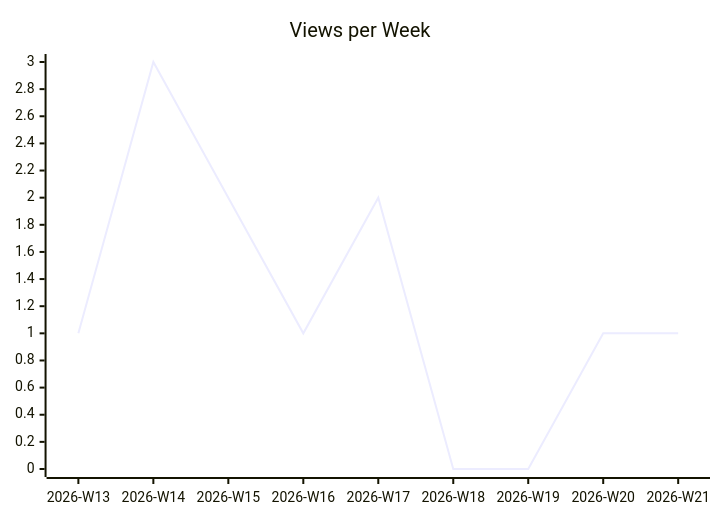
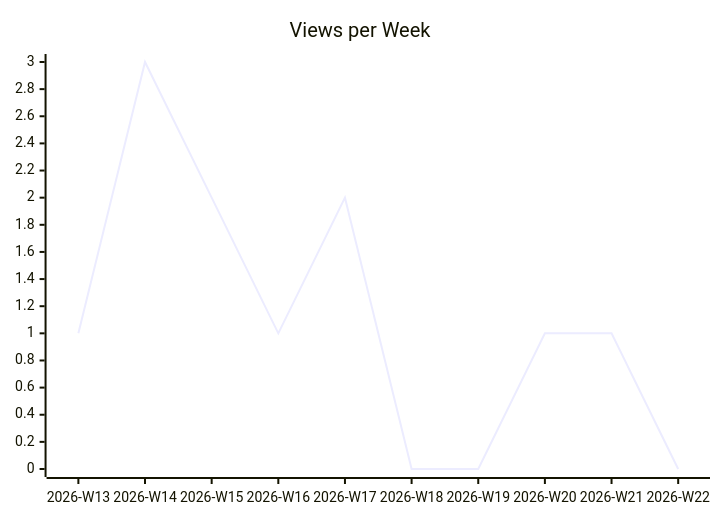
The second of 3 diagrams in karlmdavis/fhir-benchmarks/README.md (justdavis-family/github-analytics-data), drawn with Mermaid before and after one commit. The commit also changed other lines of this file and 190 other files, not shown here.

````diff
--- a/karlmdavis/fhir-benchmarks/README.md
+++ b/karlmdavis/fhir-benchmarks/README.md
@@ -12,6 +12,6 @@
 ```mermaid
 xychart-beta
   title "Views per Week"
-  x-axis ["2026-W13", "2026-W14", "2026-W15", "2026-W16", "2026-W17", "2026-W18", "2026-W19", "2026-W20", "2026-W21"]
-  line [1, 3, 2, 1, 2, 0, 0, 1, 1]
+  x-axis ["2026-W13", "2026-W14", "2026-W15", "2026-W16", "2026-W17", "2026-W18", "2026-W19", "2026-W20", "2026-W21", "2026-W22"]
+  line [1, 3, 2, 1, 2, 0, 0, 1, 1, 0]
 ```
````
